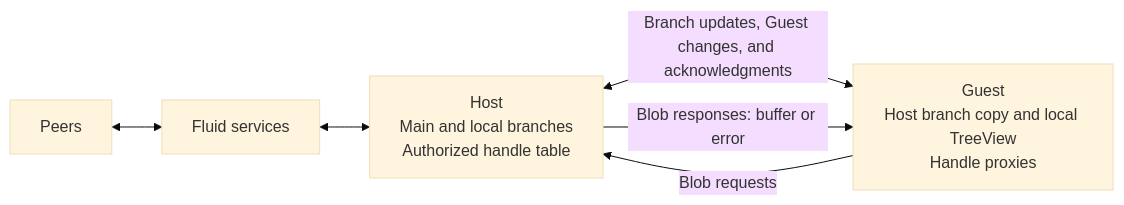
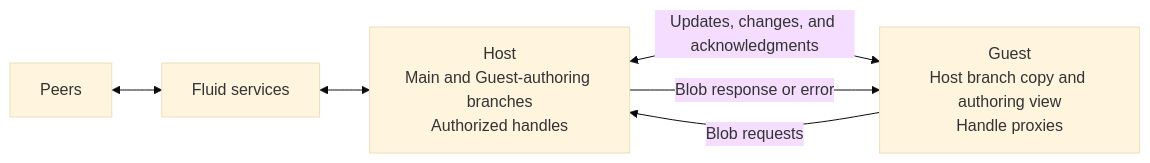
The first of 3 diagrams in packages/dds/tree/src/sandboxing/sandboxing.md (microsoft/FluidFramework), drawn with Mermaid (base theme) before and after one commit. The commit also changed other lines of this file and 12 other files, not shown here.

First line of the commit message:
Cleanup tree host and guest protocol (#28390)

````diff
--- a/packages/dds/tree/src/sandboxing/sandboxing.md
+++ b/packages/dds/tree/src/sandboxing/sandboxing.md
@@ -113,8 +62,8 @@
 ```mermaid
 flowchart LR
     P["Peers"] <--> F["Fluid services"]
-    F <--> H["Host<br/>Main and local branches<br/>Authorized handle table"]
-    H <-->|"Branch updates, Guest changes, and acknowledgments"| G["Guest<br/>Host branch copy and local TreeView<br/>Handle proxies"]
+    F <--> H["Host<br/>Main and Guest-authoring branches<br/>Authorized handles"]
+    H <-->|"Updates, changes, and acknowledgments"| G["Guest<br/>Host branch copy and authoring view<br/>Handle proxies"]
     G -->|"Blob requests"| H
-    H -->|"Blob responses: buffer or error"| G
+    H -->|"Blob response or error"| G
 ```
````
